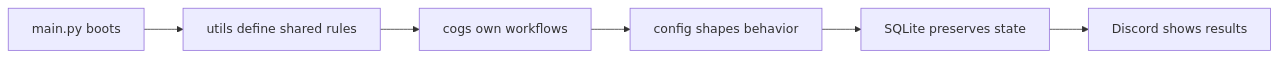
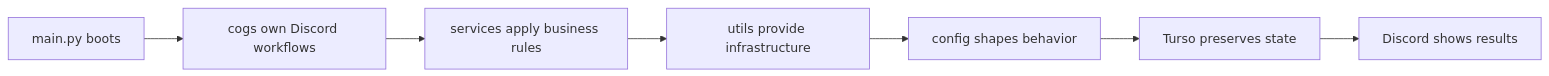
One commit to Rroix/avenue-guard-gd-avenue changed the seventh of 11 diagrams in docs/Avenue_Guard_Manual.md. Above: the diagram before and after it, drawn with Mermaid. The commit also changed other lines of this file and 45 other files, not shown here.

````diff
--- a/docs/Avenue_Guard_Manual.md
+++ b/docs/Avenue_Guard_Manual.md
@@ -568,14 +573,16 @@
 ```mermaid
 flowchart LR
   S1["main.py boots"]
-  S2["utils define shared rules"]
-  S3["cogs own workflows"]
-  S4["config shapes behavior"]
-  S5["SQLite preserves state"]
-  S6["Discord shows results"]
+  S2["cogs own Discord workflows"]
+  S3["services apply business rules"]
+  S4["utils provide infrastructure"]
+  S5["config shapes behavior"]
+  S6["Turso preserves state"]
+  S7["Discord shows results"]
   S1 --> S2
   S2 --> S3
   S3 --> S4
   S4 --> S5
   S5 --> S6
+  S6 --> S7
 ```
````
